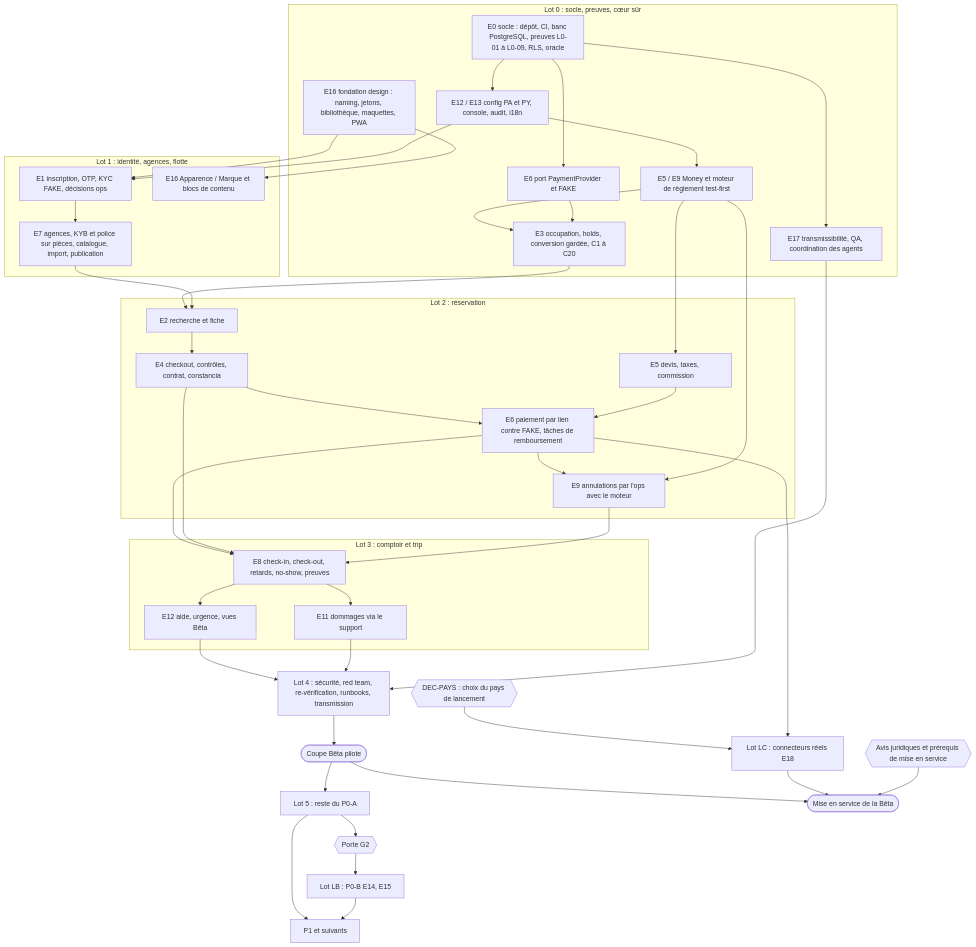
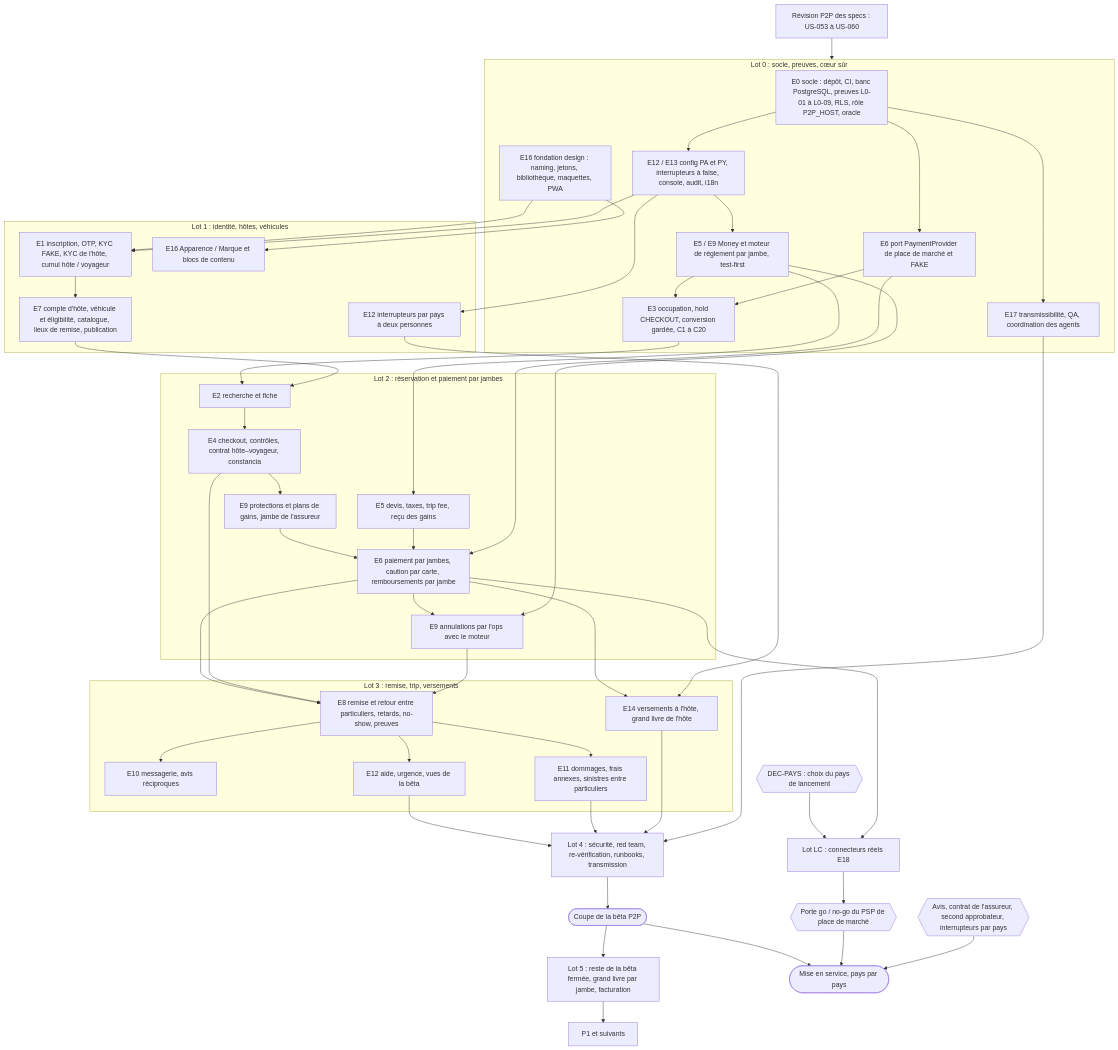
The second of 2 diagrams in docs/specs/19_DEVELOPMENT_BACKLOG.md (Noamgitpty/rueda), drawn with Mermaid before and after one commit. The commit also changed other lines of this file and 9 other files, not shown here.

````diff
--- a/docs/specs/19_DEVELOPMENT_BACKLOG.md
+++ b/docs/specs/19_DEVELOPMENT_BACKLOG.md
@@ -3263,67 +3764,77 @@
 ```mermaid
 flowchart TB
+    REV["Révision P2P des specs : US-053 à US-060"]
     subgraph L0["Lot 0 : socle, preuves, cœur sûr"]
-        E0["E0 socle : dépôt, CI, banc PostgreSQL, preuves L0-01 à L0-09, RLS, oracle"]
+        E0["E0 socle : dépôt, CI, banc PostgreSQL, preuves L0-01 à L0-09, RLS, rôle P2P_HOST, oracle"]
         E17a["E17 transmissibilité, QA, coordination des agents"]
         E16a["E16 fondation design : naming, jetons, bibliothèque, maquettes, PWA"]
-        CFG["E12 / E13 config PA et PY, console, audit, i18n"]
-        MON["E5 / E9 Money et moteur de règlement test-first"]
-        PAYF["E6 port PaymentProvider et FAKE"]
-        AVL["E3 occupation, holds, conversion gardée, C1 à C20"]
+        CFG["E12 / E13 config PA et PY, interrupteurs à false, console, audit, i18n"]
+        MON["E5 / E9 Money et moteur de règlement par jambe, test-first"]
+        PAYF["E6 port PaymentProvider de place de marché et FAKE"]
+        AVL["E3 occupation, hold CHECKOUT, conversion gardée, C1 à C20"]
     end
-    subgraph L1["Lot 1 : identité, agences, flotte"]
-        E1["E1 inscription, OTP, KYC FAKE, décisions ops"]
-        E7a["E7 agences, KYB et police sur pièces, catalogue, import, publication"]
+    subgraph L1["Lot 1 : identité, hôtes, véhicules"]
+        E1["E1 inscription, OTP, KYC FAKE, KYC de l'hôte, cumul hôte / voyageur"]
+        E7a["E7 compte d'hôte, véhicule et éligibilité, catalogue, lieux de remise, publication"]
+        SW["E12 interrupteurs par pays à deux personnes"]
         E16b["E16 Apparence / Marque et blocs de contenu"]
     end
-    subgraph L2["Lot 2 : réservation"]
+    subgraph L2["Lot 2 : réservation et paiement par jambes"]
         E2["E2 recherche et fiche"]
-        E4["E4 checkout, contrôles, contrat, constancia"]
-        E6["E6 paiement par lien contre FAKE, tâches de remboursement"]
+        E4["E4 checkout, contrôles, contrat hôte–voyageur, constancia"]
+        E9p["E9 protections et plans de gains, jambe de l'assureur"]
+        E6["E6 paiement par jambes, caution par carte, remboursements par jambe"]
         E9["E9 annulations par l'ops avec le moteur"]
-        E5["E5 devis, taxes, commission"]
+        E5["E5 devis, taxes, trip fee, reçu des gains"]
     end
-    subgraph L3["Lot 3 : comptoir et trip"]
-        E8["E8 check-in, check-out, retards, no-show, preuves"]
-        E11["E11 dommages via le support"]
-        E12s["E12 aide, urgence, vues Bêta"]
+    subgraph L3["Lot 3 : remise, trip, versements"]
+        E8["E8 remise et retour entre particuliers, retards, no-show, preuves"]
+        E10["E10 messagerie, avis réciproques"]
+        E14["E14 versements à l'hôte, grand livre de l'hôte"]
+        E11["E11 dommages, frais annexes, sinistres entre particuliers"]
+        E12s["E12 aide, urgence, vues de la bêta"]
     end
     L4["Lot 4 : sécurité, red team, re-vérification, runbooks, transmission"]
-    CUT(["Coupe Bêta pilote"])
-    L5["Lot 5 : reste du P0-A"]
+    CUT(["Coupe de la bêta P2P"])
+    L5["Lot 5 : reste de la bêta fermée, grand livre par jambe, facturation"]
     PAYS{{"DEC-PAYS : choix du pays de lancement"}}
+    GNG{{"Porte go / no-go du PSP de place de marché"}}
     LC["Lot LC : connecteurs réels E18"]
-    AVIS{{"Avis juridiques et prérequis de mise en service"}}
-    GO(["Mise en service de la Bêta"])
-    G2{{"Porte G2"}}
-    LB["Lot LB : P0-B E14, E15"]
+    AVIS{{"Avis, contrat de l'assureur, second approbateur, interrupteurs par pays"}}
+    GO(["Mise en service, pays par pays"])
     P1["P1 et suivants"]
 
+    REV --> L0
     E0 --> CFG --> MON --> AVL
     E0 --> PAYF --> AVL
     E0 --> E17a
     E16a --> E1
     CFG --> E1 --> E7a
+    CFG --> SW
     E16a --> E16b
     AVL --> E2
-    E7a --> E2 --> E4 --> E6
+    E7a --> E2 --> E4 --> E9p --> E6
     MON --> E5 --> E6
+    PAYF --> E6
     E6 --> E9
     MON --> E9
     E6 --> E8
     E4 --> E8 --> E11
+    E8 --> E10
+    E6 --> E14
+    SW --> E14
     E8 --> E12s
     E9 --> E8
     E12s --> L4
     E11 --> L4
+    E14 --> L4
     E17a --> L4
     L4 --> CUT --> L5
     PAYS --> LC
     E6 --> LC
+    LC --> GNG
     CUT --> GO
-    LC --> GO
+    GNG --> GO
     AVIS --> GO
-    L5 --> G2 --> LB
     L5 --> P1
-    LB --> P1
 ```
````
